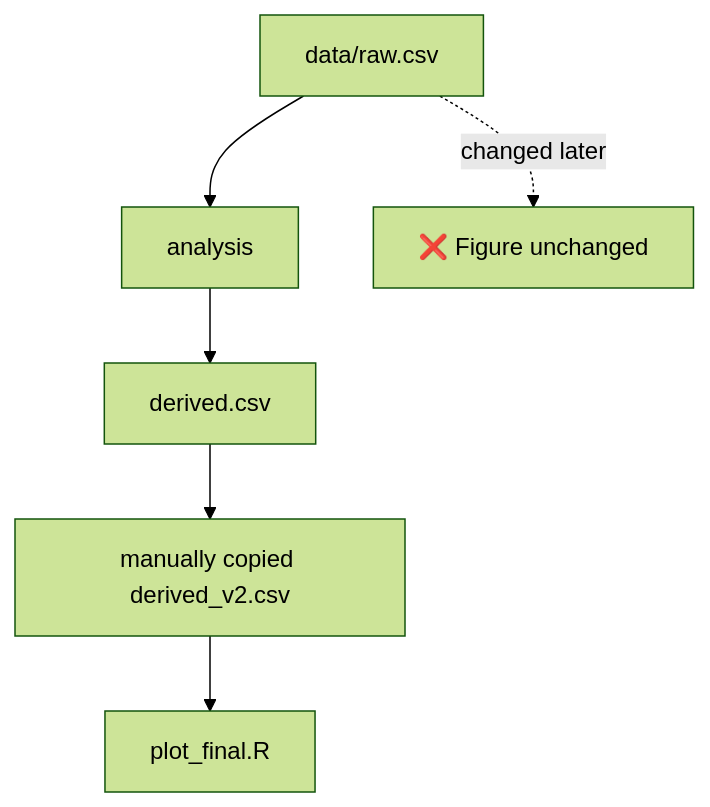
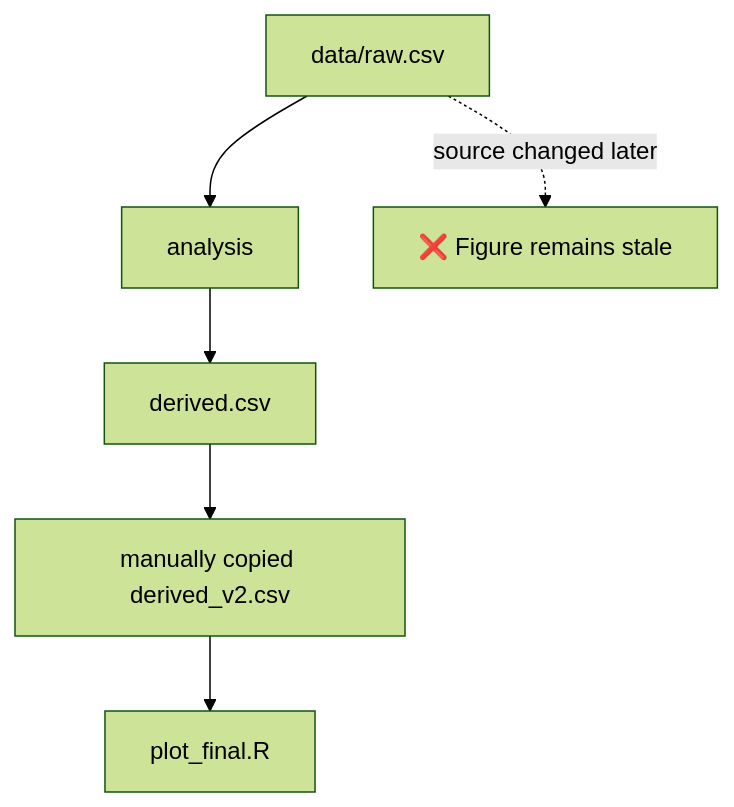
The second of 3 diagrams in README.md (apexpeng/r-data-lineage-plotting), drawn with Mermaid (forest theme) before and after one commit. The commit also changed other lines of this file, not shown here.

````diff
--- a/README.md
+++ b/README.md
@@ -123,8 +66,8 @@
 ```mermaid
 flowchart TD
     A["data/raw.csv"] --> B["analysis"]
     B --> C["derived.csv"]
     C --> D["manually copied derived_v2.csv"]
     D --> E["plot_final.R"]
-    A -. changed later .-> F["❌ Figure unchanged"]
+    A -. source changed later .-> F["❌ Figure remains stale"]
 ```
````
